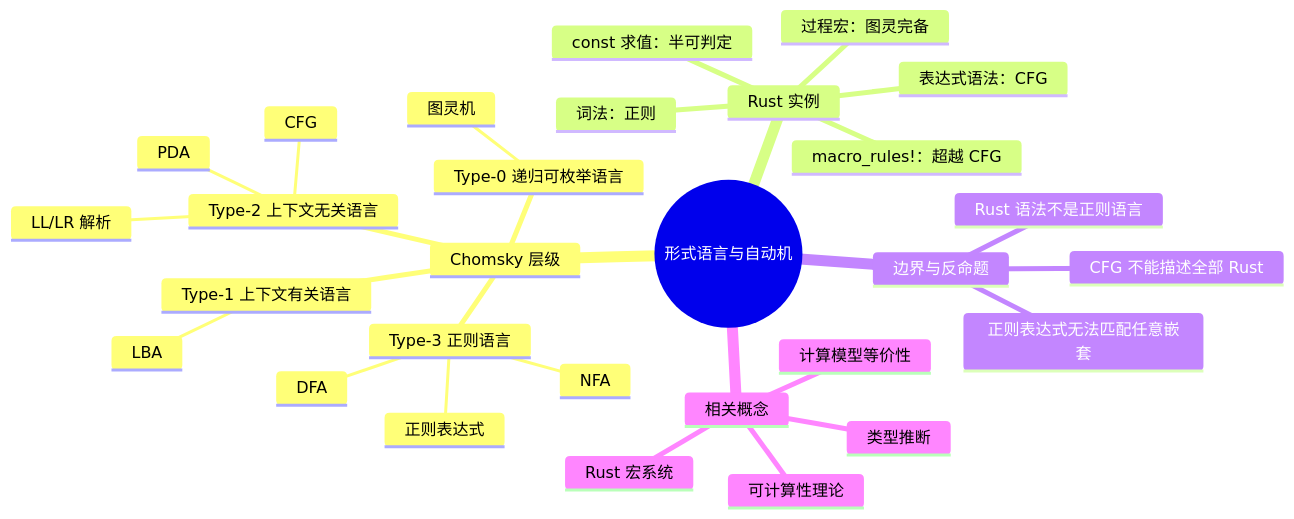
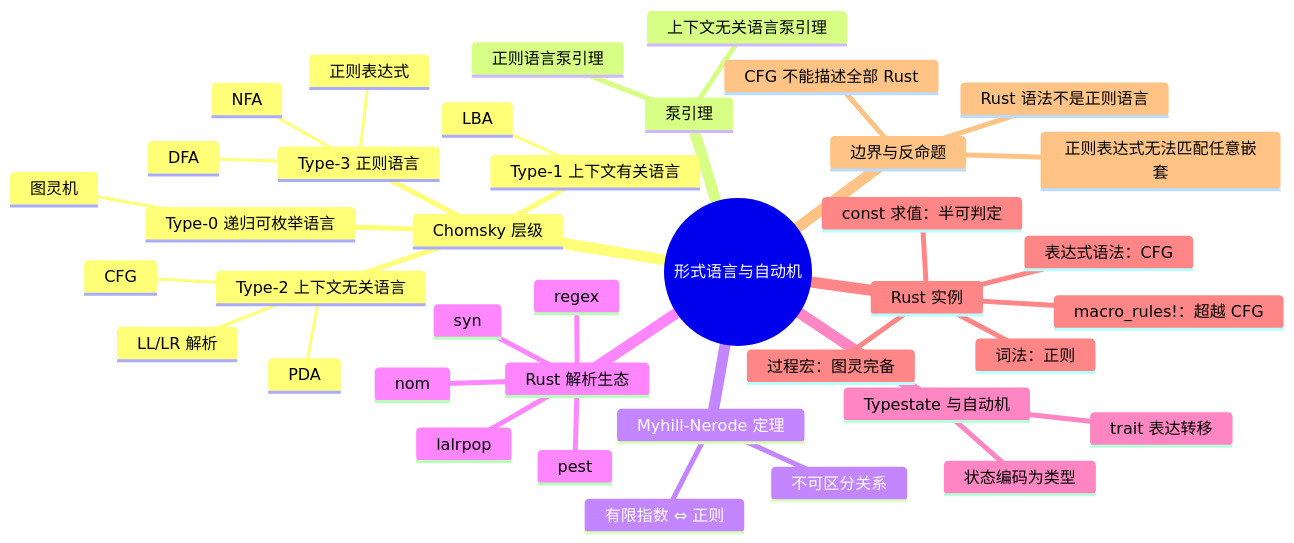
One commit to martin-ly/rust-lang changed the second of 2 diagrams in concept/04_formal/11_computational_models/03_formal_languages_and_automata.md. Above: the diagram before and after it, drawn with Mermaid. The commit also changed other lines of this file and 28 other files, not shown here.

````diff
--- a/concept/04_formal/11_computational_models/03_formal_languages_and_automata.md
+++ b/concept/04_formal/11_computational_models/03_formal_languages_and_automata.md
@@ -532,32 +715,42 @@
 ```mermaid
 mindmap
   root((形式语言与自动机))
     Chomsky 层级
       Type-3 正则语言
         DFA
         NFA
         正则表达式
       Type-2 上下文无关语言
         CFG
         PDA
         LL/LR 解析
       Type-1 上下文有关语言
         LBA
       Type-0 递归可枚举语言
         图灵机
+    泵引理
+      正则语言泵引理
+      上下文无关语言泵引理
+    Myhill-Nerode 定理
+      不可区分关系
+      有限指数 ⇔ 正则
+    Rust 解析生态
+      regex
+      nom
+      pest
+      lalrpop
+      syn
+    Typestate 与自动机
+      状态编码为类型
+      trait 表达转移
     Rust 实例
       词法：正则
       表达式语法：CFG
       macro_rules!：超越 CFG
       过程宏：图灵完备
       const 求值：半可判定
     边界与反命题
       Rust 语法不是正则语言
       正则表达式无法匹配任意嵌套
       CFG 不能描述全部 Rust
-    相关概念
-      可计算性理论
-      计算模型等价性
-      类型推断
-      Rust 宏系统
 ```
````
